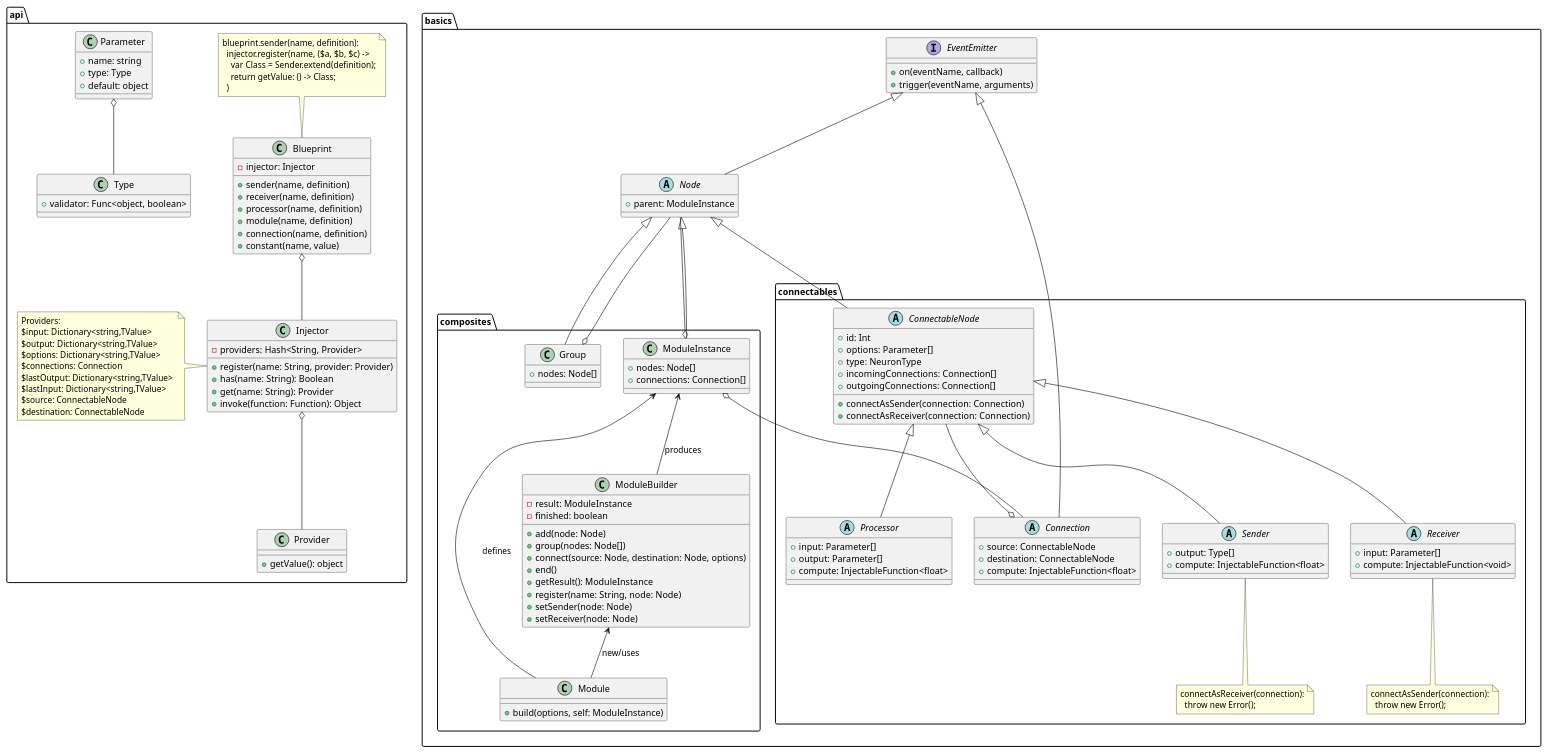
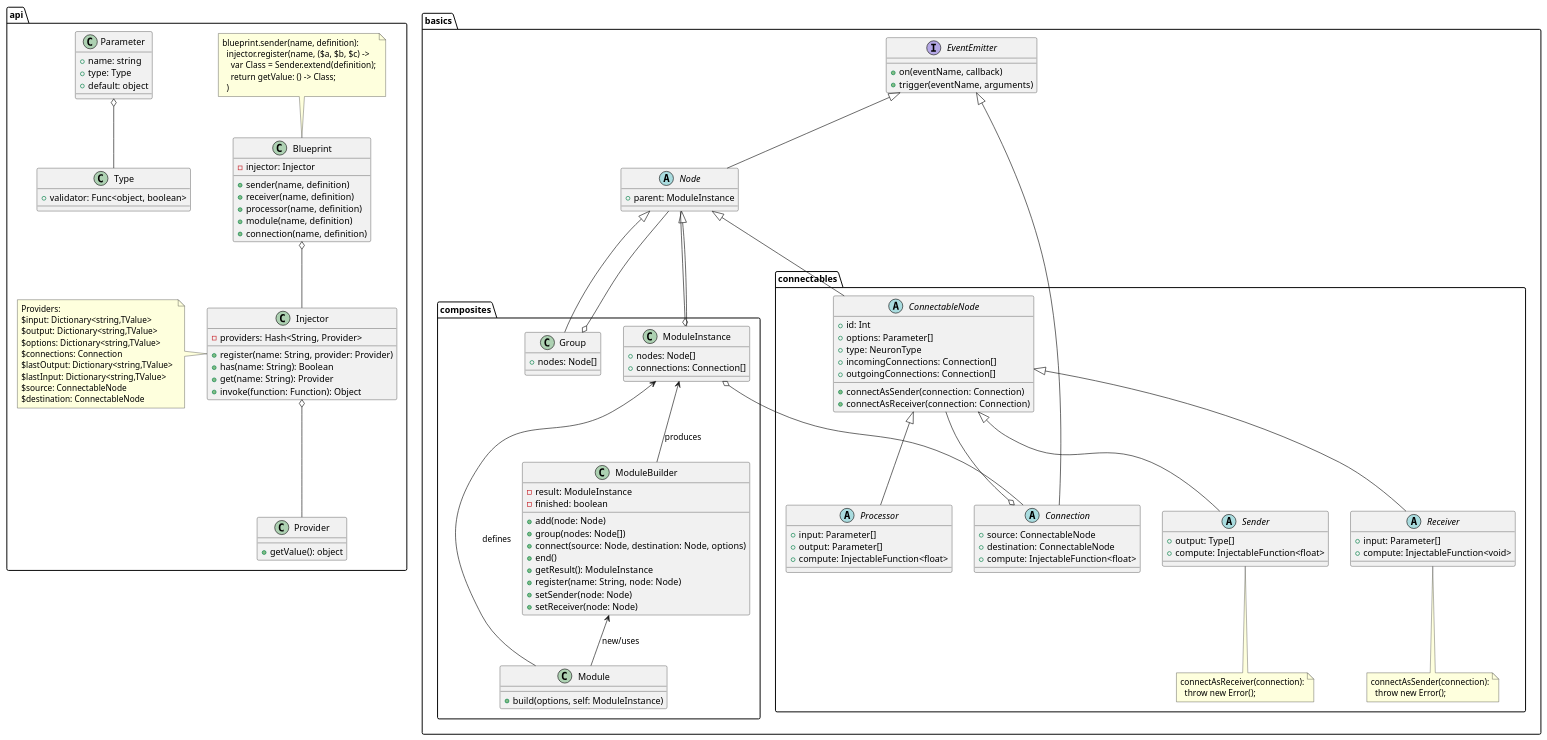
Before and after one commit to Lotes/blueprint: the diagram in uml/rev-2-basics.puml, drawn with PlantUML. The commit also changed 23 other files, not shown here.

```diff
--- a/uml/rev-2-basics.puml
+++ b/uml/rev-2-basics.puml
@@ -25,7 +25,6 @@
     +processor(name, definition)
     +module(name, definition)
     +connection(name, definition)
-    +constant(name, value)
   }
 
   note top of Blueprint
```
